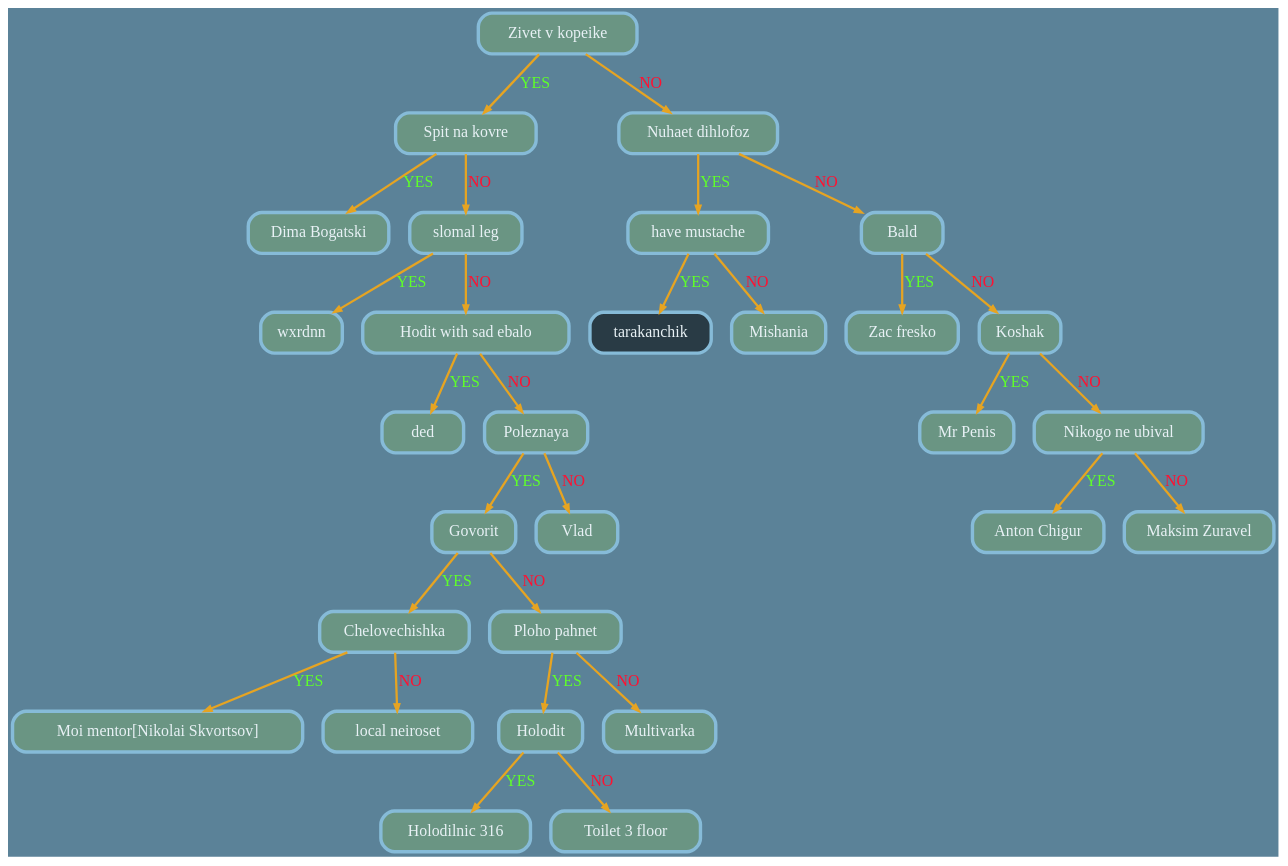
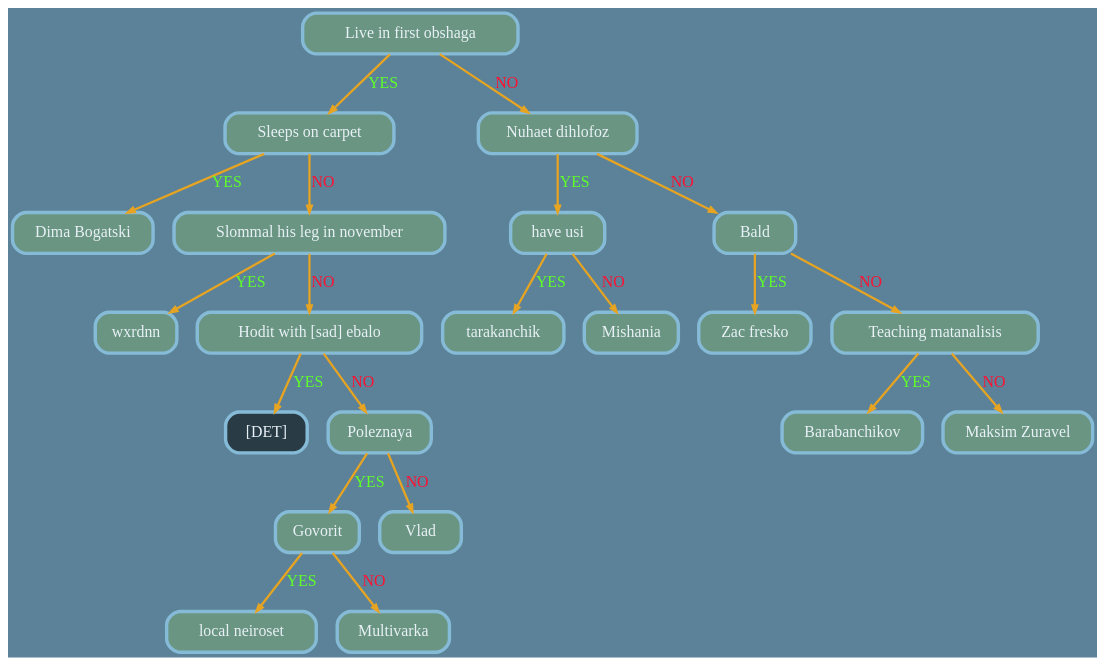
One commit to Knightususa/Tree changed the diagram in out_files/akinator.dot. Above: the diagram before and after it, drawn with Graphviz. The commit also changed 6 other files, not shown here.

```diff
--- a/out_files/akinator.dot
+++ b/out_files/akinator.dot
@@ -1,71 +1,55 @@
 digraph G {
 splines = line
 	graph [bgcolor = "#5B8298"]
 	node [shape = record, fontname = "Consolas", style = "rounded, filled", height = 0.5, width = 1, color = "#86BBD8", fontcolor = "#E8F1F5", penwidth = 3]
 	edge [color = "#2F4858", fontcolor = "#2F4858", penwidth = 2, arrowsize = 0.6];
 
 
 	node [fillcolor = "#78a5728b"]
-	2193539036832 [label = "Zivet v kopeike"]
-	2193539035488 [label = "Spit na kovre"]
-	2193539036880 [label = "Dima Bogatski"]
-	2193539035632 [label = "slomal leg"]
-	2193539036928 [label = "wxrdnn"]
-	2193539035920 [label = "Hodit with sad ebalo"]
-	2193539036160 [label = "ded"]
-	2193539035536 [label = "Poleznaya"]
-	2193539035728 [label = "Govorit"]
-	2193539035824 [label = "Chelovechishka"]
-	2193539036544 [label = "Moi mentor[Nikolai Skvortsov]"]
-	2193539035584 [label = "local neiroset"]
-	2193539036064 [label = "Ploho pahnet"]
-	2193539035680 [label = "Holodit"]
-	2193539036784 [label = "Holodilnic 316"]
-	2193539036112 [label = "Toilet 3 floor"]
-	2193539036448 [label = "Multivarka"]
-	2193539035392 [label = "Vlad"]
-	2193539037024 [label = "Nuhaet dihlofoz"]
-	2193539035296 [label = "have mustache"]
+	1534605316000 [label = "Live in first obshaga"]
+	1534605317536 [label = "Sleeps on carpet"]
+	1534605317440 [label = "Dima Bogatski"]
+	1534605317584 [label = "Slommal his leg in november"]
+	1534605317392 [label = "wxrdnn"]
+	1534605315856 [label = "Hodit with [sad] ebalo"]
 
 	node [fillcolor = "#0000008b"]
-	2193539036208 [label = "tarakanchik"]
+	1534605317296 [label = "[DET]"]
 
 	node [fillcolor = "#78a5728b"]
-	2193539036352 [label = "Mishania"]
-	2193539036304 [label = "Bald"]
-	2193539036016 [label = "Zac fresko"]
-	2193539035872 [label = "Koshak"]
-	2193539035968 [label = "Mr Penis"]
-	2193539036256 [label = "Nikogo ne ubival"]
-	2193539035776 [label = "Anton Chigur"]
-	2193539036400 [label = "Maksim Zuravel"]
+	1534605316384 [label = "Poleznaya"]
+	1534605317680 [label = "Govorit"]
+	1534605316576 [label = "local neiroset"]
+	1534605316432 [label = "Multivarka"]
+	1534605317776 [label = "Vlad"]
+	1534605315904 [label = "Nuhaet dihlofoz"]
+	1534605316528 [label = "have usi"]
+	1534605317344 [label = "tarakanchik"]
+	1534605315952 [label = "Mishania"]
+	1534605316240 [label = "Bald"]
+	1534605316768 [label = "Zac fresko"]
+	1534605316624 [label = "Teaching matanalisis"]
+	1534605316960 [label = "Barabanchikov"]
+	1534605316096 [label = "Maksim Zuravel"]
 
-	2193539036832 -> 2193539035488 [color = "#e6a422", label = "YES",  fontcolor = "#5fff29"];
-	2193539036832 -> 2193539037024 [color = "#e6a422", label = "NO", fontcolor = "#ff1131"];
-	2193539035488 -> 2193539036880 [color = "#e6a422", label = "YES",  fontcolor = "#5fff29"];
-	2193539035488 -> 2193539035632 [color = "#e6a422", label = "NO", fontcolor = "#ff1131"];
-	2193539035632 -> 2193539036928 [color = "#e6a422", label = "YES",  fontcolor = "#5fff29"];
-	2193539035632 -> 2193539035920 [color = "#e6a422", label = "NO", fontcolor = "#ff1131"];
-	2193539035920 -> 2193539036160 [color = "#e6a422", label = "YES",  fontcolor = "#5fff29"];
-	2193539035920 -> 2193539035536 [color = "#e6a422", label = "NO", fontcolor = "#ff1131"];
-	2193539035536 -> 2193539035728 [color = "#e6a422", label = "YES",  fontcolor = "#5fff29"];
-	2193539035536 -> 2193539035392 [color = "#e6a422", label = "NO", fontcolor = "#ff1131"];
-	2193539035728 -> 2193539035824 [color = "#e6a422", label = "YES",  fontcolor = "#5fff29"];
-	2193539035728 -> 2193539036064 [color = "#e6a422", label = "NO", fontcolor = "#ff1131"];
-	2193539035824 -> 2193539036544 [color = "#e6a422", label = "YES",  fontcolor = "#5fff29"];
-	2193539035824 -> 2193539035584 [color = "#e6a422", label = "NO", fontcolor = "#ff1131"];
-	2193539036064 -> 2193539035680 [color = "#e6a422", label = "YES",  fontcolor = "#5fff29"];
-	2193539036064 -> 2193539036448 [color = "#e6a422", label = "NO", fontcolor = "#ff1131"];
-	2193539035680 -> 2193539036784 [color = "#e6a422", label = "YES",  fontcolor = "#5fff29"];
-	2193539035680 -> 2193539036112 [color = "#e6a422", label = "NO", fontcolor = "#ff1131"];
-	2193539037024 -> 2193539035296 [color = "#e6a422", label = "YES",  fontcolor = "#5fff29"];
-	2193539037024 -> 2193539036304 [color = "#e6a422", label = "NO", fontcolor = "#ff1131"];
-	2193539035296 -> 2193539036208 [color = "#e6a422", label = "YES",  fontcolor = "#5fff29"];
-	2193539035296 -> 2193539036352 [color = "#e6a422", label = "NO", fontcolor = "#ff1131"];
-	2193539036304 -> 2193539036016 [color = "#e6a422", label = "YES",  fontcolor = "#5fff29"];
-	2193539036304 -> 2193539035872 [color = "#e6a422", label = "NO", fontcolor = "#ff1131"];
-	2193539035872 -> 2193539035968 [color = "#e6a422", label = "YES",  fontcolor = "#5fff29"];
-	2193539035872 -> 2193539036256 [color = "#e6a422", label = "NO", fontcolor = "#ff1131"];
-	2193539036256 -> 2193539035776 [color = "#e6a422", label = "YES",  fontcolor = "#5fff29"];
-	2193539036256 -> 2193539036400 [color = "#e6a422", label = "NO", fontcolor = "#ff1131"];
+	1534605316000 -> 1534605317536 [color = "#e6a422", label = "YES",  fontcolor = "#5fff29"];
+	1534605316000 -> 1534605315904 [color = "#e6a422", label = "NO", fontcolor = "#ff1131"];
+	1534605317536 -> 1534605317440 [color = "#e6a422", label = "YES",  fontcolor = "#5fff29"];
+	1534605317536 -> 1534605317584 [color = "#e6a422", label = "NO", fontcolor = "#ff1131"];
+	1534605317584 -> 1534605317392 [color = "#e6a422", label = "YES",  fontcolor = "#5fff29"];
+	1534605317584 -> 1534605315856 [color = "#e6a422", label = "NO", fontcolor = "#ff1131"];
+	1534605315856 -> 1534605317296 [color = "#e6a422", label = "YES",  fontcolor = "#5fff29"];
+	1534605315856 -> 1534605316384 [color = "#e6a422", label = "NO", fontcolor = "#ff1131"];
+	1534605316384 -> 1534605317680 [color = "#e6a422", label = "YES",  fontcolor = "#5fff29"];
+	1534605316384 -> 1534605317776 [color = "#e6a422", label = "NO", fontcolor = "#ff1131"];
+	1534605317680 -> 1534605316576 [color = "#e6a422", label = "YES",  fontcolor = "#5fff29"];
+	1534605317680 -> 1534605316432 [color = "#e6a422", label = "NO", fontcolor = "#ff1131"];
+	1534605315904 -> 1534605316528 [color = "#e6a422", label = "YES",  fontcolor = "#5fff29"];
+	1534605315904 -> 1534605316240 [color = "#e6a422", label = "NO", fontcolor = "#ff1131"];
+	1534605316528 -> 1534605317344 [color = "#e6a422", label = "YES",  fontcolor = "#5fff29"];
+	1534605316528 -> 1534605315952 [color = "#e6a422", label = "NO", fontcolor = "#ff1131"];
+	1534605316240 -> 1534605316768 [color = "#e6a422", label = "YES",  fontcolor = "#5fff29"];
+	1534605316240 -> 1534605316624 [color = "#e6a422", label = "NO", fontcolor = "#ff1131"];
+	1534605316624 -> 1534605316960 [color = "#e6a422", label = "YES",  fontcolor = "#5fff29"];
+	1534605316624 -> 1534605316096 [color = "#e6a422", label = "NO", fontcolor = "#ff1131"];
 }
```
